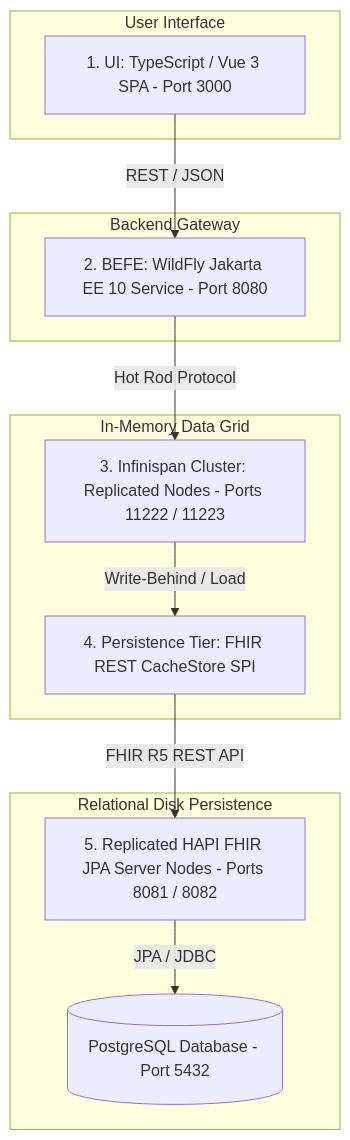
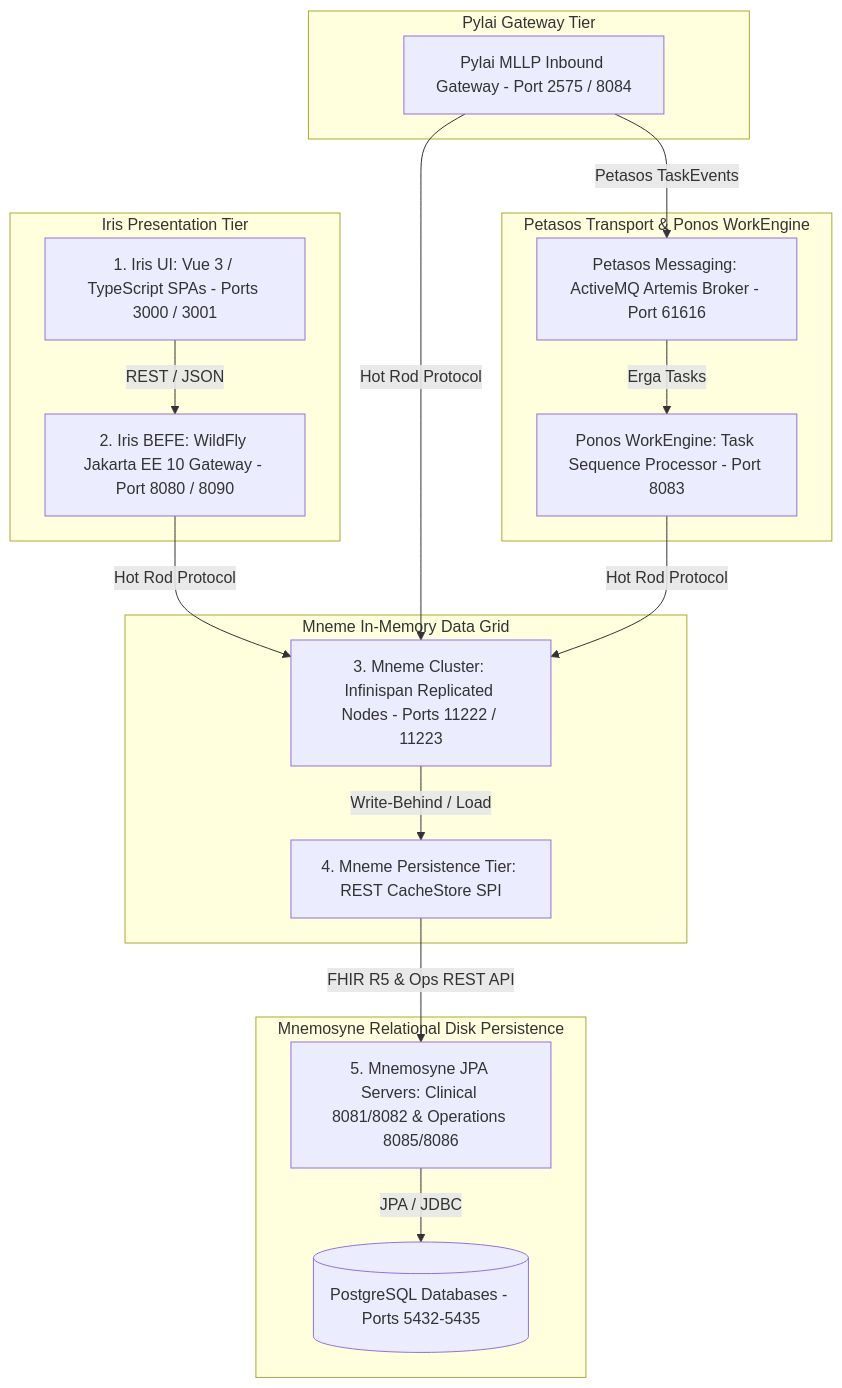
Before and after one commit to fhirfactory/harmonia: the diagram in README.md, drawn with Mermaid. The commit also changed other lines of this file and 761 other files, not shown here.

````diff
--- a/README.md
+++ b/README.md
@@ -11,26 +33,35 @@
 ```mermaid
 graph TD
-  subgraph User Interface
-    UI[1. UI: TypeScript / Vue 3 SPA - Port 3000]
+  subgraph Iris Presentation Tier
+    UI[1. Iris UI: Vue 3 / TypeScript SPAs - Ports 3000 / 3001]
+    BEFE[2. Iris BEFE: WildFly Jakarta EE 10 Gateway - Port 8080 / 8090]
+    UI -->|REST / JSON| BEFE
   end
 
-  subgraph Backend Gateway
-    BEFE[2. BEFE: WildFly Jakarta EE 10 Service - Port 8080]
+  subgraph Pylai Gateway Tier
+    MLLP[Pylai MLLP Inbound Gateway - Port 2575 / 8084]
   end
 
-  subgraph In-Memory Data Grid
-    CacheCluster[3. Infinispan Cluster: Replicated Nodes - Ports 11222 / 11223]
-    PersistenceSPI[4. Persistence Tier: FHIR REST CacheStore SPI]
-    CacheCluster -->|Write-Behind / Load| PersistenceSPI
+  subgraph Petasos Transport & Ponos WorkEngine
+    Petasos[Petasos Messaging: ActiveMQ Artemis Broker - Port 61616]
+    Ponos[Ponos WorkEngine: Task Sequence Processor - Port 8083]
+    MLLP -->|Petasos TaskEvents| Petasos
+    Petasos -->|Erga Tasks| Ponos
   end
 
-  subgraph Relational Disk Persistence
-    HapiCluster[5. Replicated HAPI FHIR JPA Server Nodes - Ports 8081 / 8082]
-    DB[(PostgreSQL Database - Port 5432)]
-    HapiCluster -->|JPA / JDBC| DB
+  subgraph Mneme In-Memory Data Grid
+    CacheCluster[3. Mneme Cluster: Infinispan Replicated Nodes - Ports 11222 / 11223]
+    PersistenceSPI[4. Mneme Persistence Tier: REST CacheStore SPI]
+    CacheCluster -->|Write-Behind / Load| PersistenceSPI
+    BEFE -->|Hot Rod Protocol| CacheCluster
+    MLLP -->|Hot Rod Protocol| CacheCluster
+    Ponos -->|Hot Rod Protocol| CacheCluster
   end
 
-  UI -->|REST / JSON| BEFE
-  BEFE -->|Hot Rod Protocol| CacheCluster
-  PersistenceSPI -->|FHIR R5 REST API| HapiCluster
+  subgraph Mnemosyne Relational Disk Persistence
+    MnemosyneCluster[5. Mnemosyne JPA Servers: Clinical 8081/8082 & Operations 8085/8086]
+    DB[(PostgreSQL Databases - Ports 5432-5435)]
+    PersistenceSPI -->|FHIR R5 & Ops REST API| MnemosyneCluster
+    MnemosyneCluster -->|JPA / JDBC| DB
+  end
 ```
````
